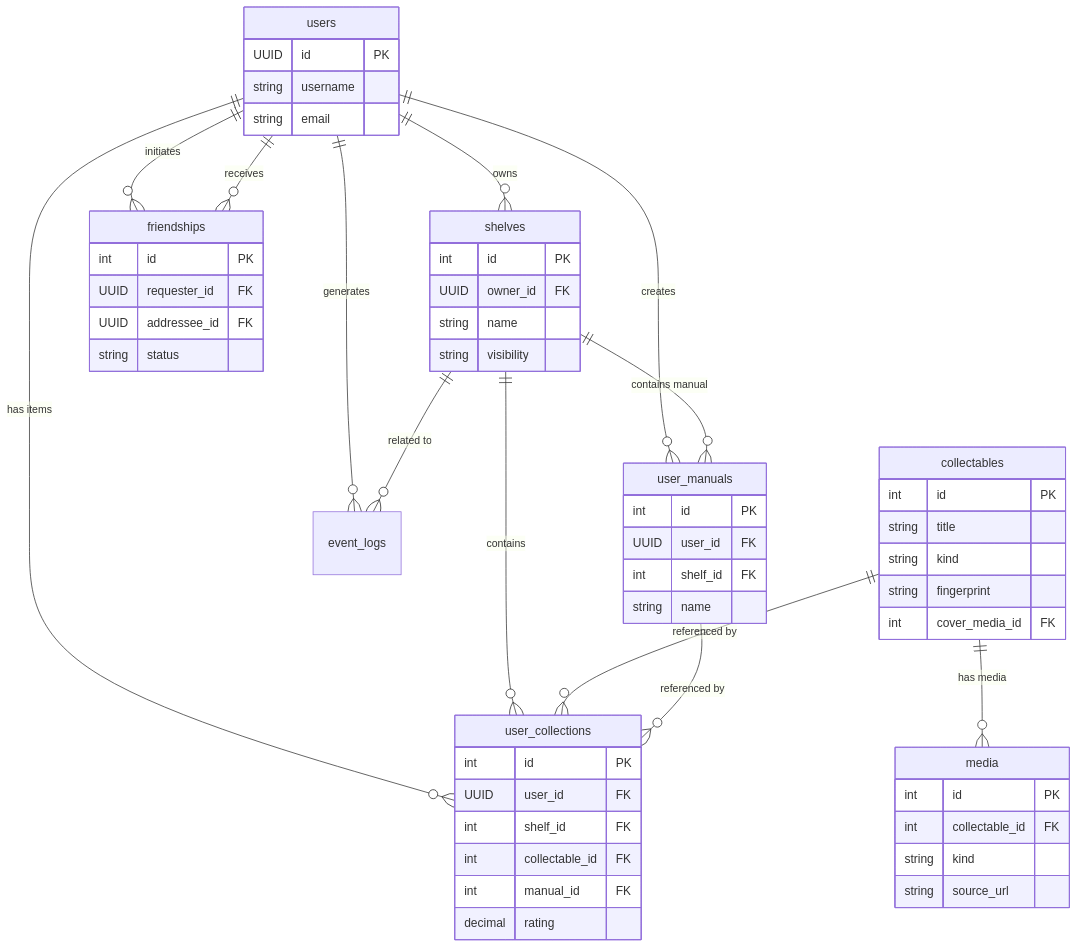
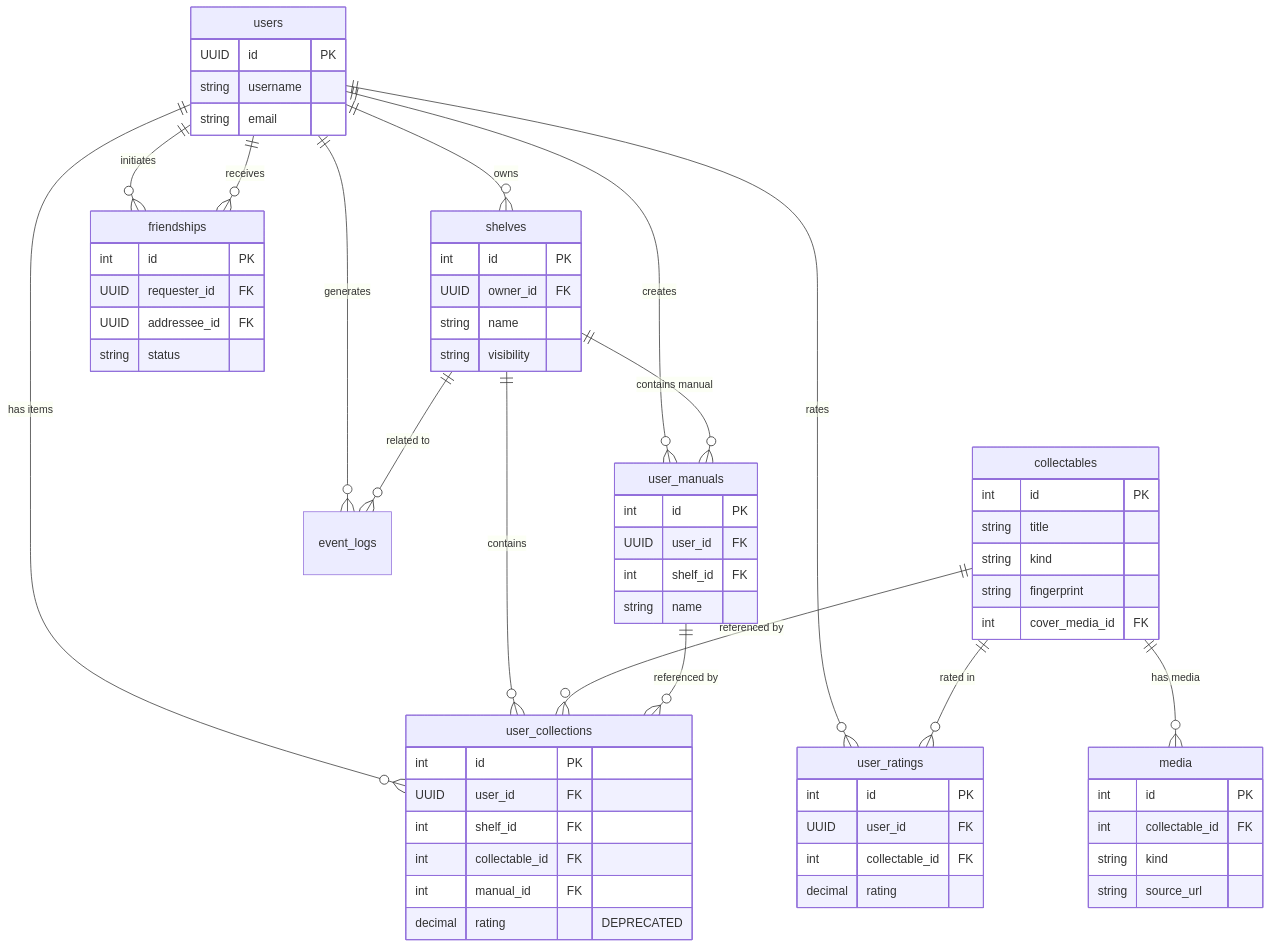
One commit to fTr0ut/ShelvesAI changed the diagram in AGENTS/backend-database-structure.md. Above: the diagram before and after it, drawn with Mermaid. The commit also changed other lines of this file and 26 other files, not shown here.

````diff
--- a/AGENTS/backend-database-structure.md
+++ b/AGENTS/backend-database-structure.md
@@ -220,69 +246,78 @@
 ```mermaid
 erDiagram
     users ||--o{ shelves : owns
     users ||--o{ user_collections : "has items"
     users ||--o{ user_manuals : creates
+    users ||--o{ user_ratings : rates
     users ||--o{ friendships : initiates
     users ||--o{ friendships : receives
     users ||--o{ event_logs : generates
 
     shelves ||--o{ user_collections : contains
     shelves ||--o{ user_manuals : "contains manual"
     shelves ||--o{ event_logs : "related to"
 
     collectables ||--o{ user_collections : "referenced by"
+    collectables ||--o{ user_ratings : "rated in"
     collectables ||--o{ media : "has media"
 
     user_manuals ||--o{ user_collections : "referenced by"
 
     users {
         UUID id PK
         string username
         string email
     }
 
     shelves {
         int id PK
         UUID owner_id FK
         string name
         string visibility
     }
 
     collectables {
         int id PK
         string title
         string kind
         string fingerprint
         int cover_media_id FK
     }
 
     media {
         int id PK
         int collectable_id FK
         string kind
         string source_url
     }
 
     user_collections {
         int id PK
         UUID user_id FK
         int shelf_id FK
         int collectable_id FK
         int manual_id FK
-        decimal rating
+        decimal rating "DEPRECATED"
     }
 
     user_manuals {
         int id PK
         UUID user_id FK
         int shelf_id FK
         string name
     }
 
+    user_ratings {
+        int id PK
+        UUID user_id FK
+        int collectable_id FK
+        decimal rating
+    }
+
     friendships {
         int id PK
         UUID requester_id FK
         UUID addressee_id FK
         string status
     }
 ```
````
